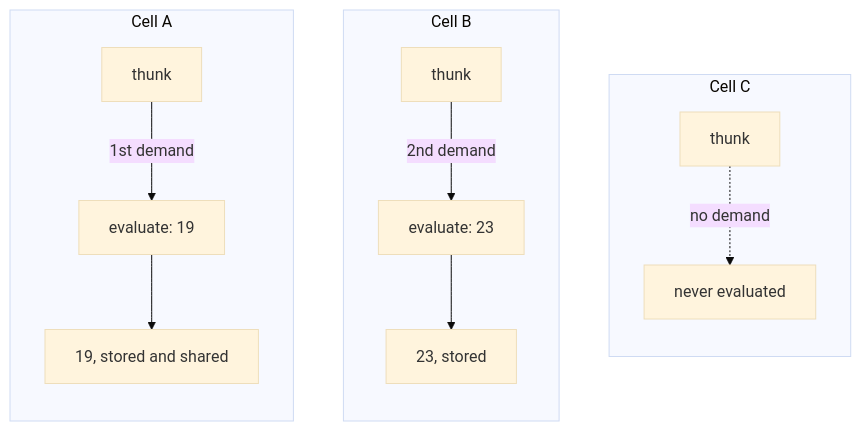
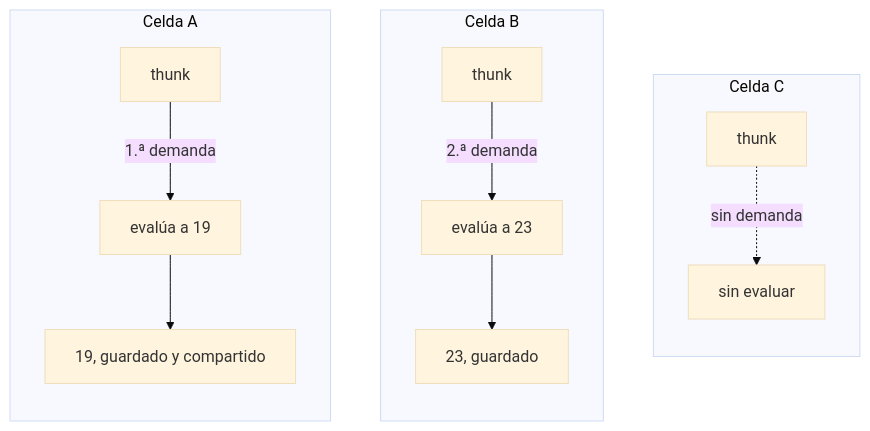
One commit to dullroar/aprende-a-programar-como-un-bicho-raro changed the diagram in lessons/cs-source/concepts/lazy-evaluation.md. Above: the diagram before and after it, drawn with Mermaid (base theme). The commit also changed other lines of this file and 51 other files, not shown here.

````diff
--- a/lessons/cs-source/concepts/lazy-evaluation.md
+++ b/lessons/cs-source/concepts/lazy-evaluation.md
@@ -8,17 +8,17 @@
 ```mermaid
 flowchart TB
-    accTitle: Lazy evaluation turns possible work into deferred work, and only demanded parts become real
-    accDescr: Three columns, one for each cell of a list. Cell A starts as a thunk. The first demand evaluates it to 19, and the value is stored and shared for later use. Cell B starts as a thunk. The second demand evaluates it to 23, and the value is stored. Cell C starts as a thunk, is never demanded, and is never evaluated.
-    subgraph C["Cell C"]
+    accTitle: Evaluación perezosa: el trabajo se aplaza y solo se realiza lo que se pide
+    accDescr: Tres columnas, una por cada celda de una lista. La celda A empieza como un thunk. La primera demanda lo evalúa a 19. El valor se guarda y se comparte para usarlo después. La celda B empieza como un thunk. La segunda demanda lo evalúa a 23 y guarda el valor. La celda C empieza como un thunk. Nadie lo pide y nunca se evalúa.
+    subgraph C["Celda C"]
         direction TB
-        c1["thunk"] -.->|"no demand"| c2["never evaluated"]
+        c1["thunk"] -.->|"sin demanda"| c2["sin evaluar"]
     end
-    subgraph B["Cell B"]
+    subgraph B["Celda B"]
         direction TB
-        b1["thunk"] -->|"2nd demand"| b2["evaluate: 23"] --> b3["23, stored"]
+        b1["thunk"] -->|"2.ª demanda"| b2["evalúa a 23"] --> b3["23, guardado"]
     end
-    subgraph A["Cell A"]
+    subgraph A["Celda A"]
         direction TB
-        a1["thunk"] -->|"1st demand"| a2["evaluate: 19"] --> a3["19, stored and shared"]
+        a1["thunk"] -->|"1.ª demanda"| a2["evalúa a 19"] --> a3["19, guardado y compartido"]
     end
 ```
````
